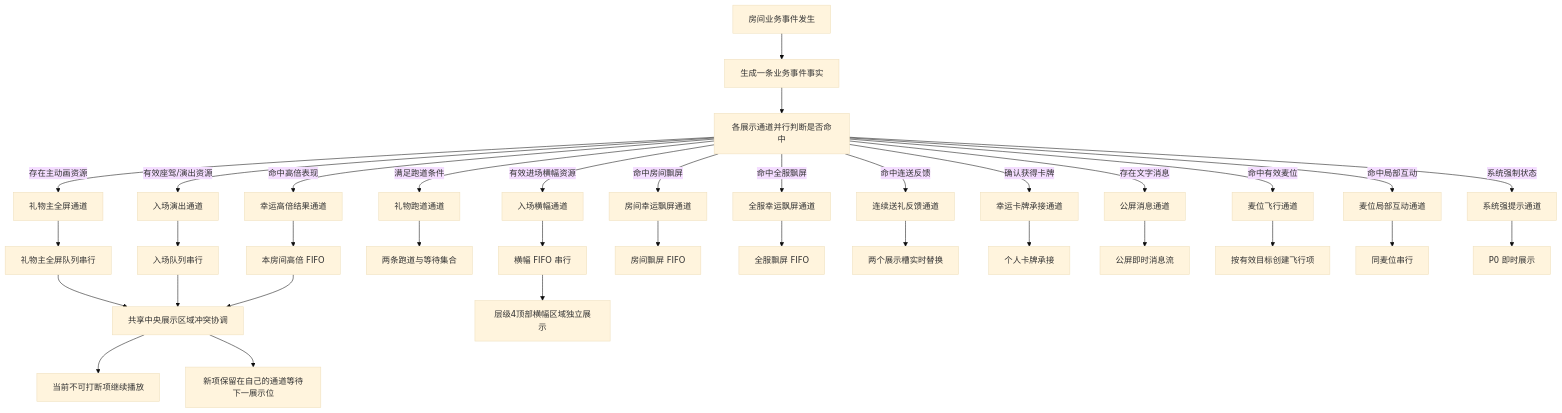
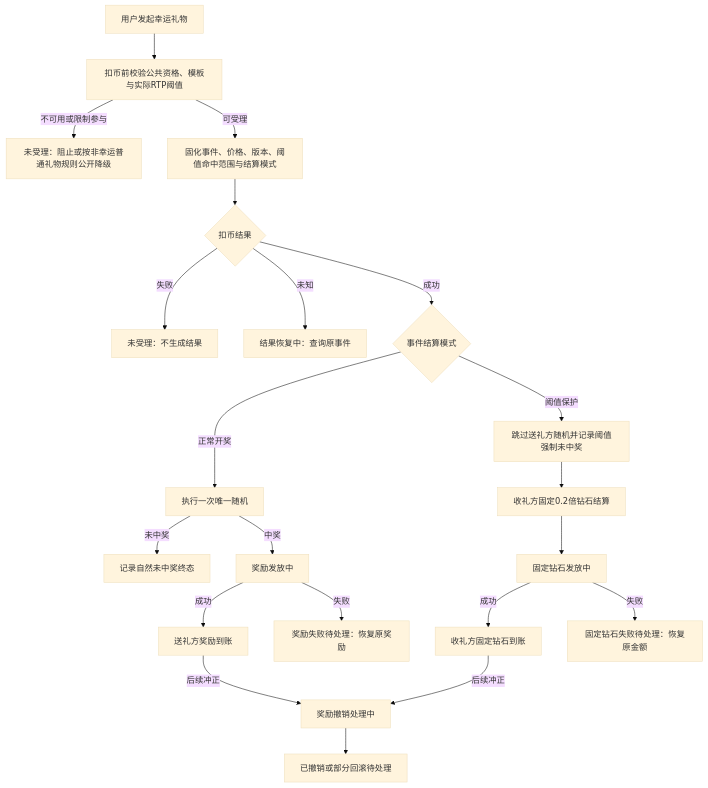
Before and after one commit to kocekid/LuckGift1.0: the first of 7 diagrams in 幸运礼物1.0_核心逻辑需求文档.md, drawn with Mermaid (base theme). The commit also changed other lines of this file, not shown here.

````diff
--- a/幸运礼物1.0_核心逻辑需求文档.md
+++ b/幸运礼物1.0_核心逻辑需求文档.md
@@ -92,40 +97,23 @@
 ```mermaid
 flowchart TD
-    A[房间业务事件发生] --> B[生成一条业务事件事实]
-    B --> C[各展示通道并行判断是否命中]
-
-    C -->|存在主动画资源| D1[礼物主全屏通道]
-    C -->|有效座驾/演出资源| D2[入场演出通道]
-    C -->|有效进场横幅资源| D14[入场横幅通道]
-    C -->|满足跑道条件| D3[礼物跑道通道]
-    C -->|命中高倍表现| D4[幸运高倍结果通道]
-    C -->|命中房间飘屏| D5[房间幸运飘屏通道]
-    C -->|命中全服飘屏| D6[全服幸运飘屏通道]
-    C -->|命中连送反馈| D7[连续送礼反馈通道]
-    C -->|确认获得卡牌| D8[幸运卡牌承接通道]
-    C -->|存在文字消息| D9[公屏消息通道]
-    C -->|命中有效麦位| D10[麦位飞行通道]
-    C -->|命中局部互动| D11[麦位局部互动通道]
-    C -->|系统强制状态| D13[系统强提示通道]
-
-    D1 --> E1[礼物主全屏队列串行]
-    D2 --> E2[入场队列串行]
-    D14 --> E14[横幅 FIFO 串行]
-    D3 --> E3[两条跑道与等待集合]
-    D4 --> E4[本房间高倍 FIFO]
-    D5 --> E5[房间飘屏 FIFO]
-    D6 --> E6[全服飘屏 FIFO]
-    D7 --> E7[两个展示槽实时替换]
-    D8 --> E8[个人卡牌承接]
-    D9 --> E9[公屏即时消息流]
-    D10 --> E10[按有效目标创建飞行项]
-    D11 --> E11[同麦位串行]
-    D13 --> E13[P0 即时展示]
-
-    E1 --> F[共享中央展示区域冲突协调]
-    E2 --> F
-    E4 --> F
-    F --> G[当前不可打断项继续播放]
-    F --> H[新项保留在自己的通道等待下一展示位]
-    E14 --> J14[层级4顶部横幅区域独立展示]
+    A[用户发起幸运礼物] --> B[扣币前校验公共资格、模板与实际RTP阈值]
+    B -->|不可用或限制参与| C[未受理：阻止或按非幸运普通礼物规则公开降级]
+    B -->|可受理| D[固化事件、价格、版本、阈值命中范围与结算模式]
+    D --> E{扣币结果}
+    E -->|失败| F[未受理：不生成结果]
+    E -->|未知| G[结果恢复中：查询原事件]
+    E -->|成功| H{事件结算模式}
+    H -->|正常开奖| I[执行一次唯一随机]
+    I -->|未中奖| J[记录自然未中奖终态]
+    I -->|中奖| K[奖励发放中]
+    H -->|阈值保护| L[跳过送礼方随机并记录阈值强制未中奖]
+    L --> M[收礼方固定0.2倍钻石结算]
+    M --> N[固定钻石发放中]
+    K -->|成功| O[送礼方奖励到账]
+    K -->|失败| P[奖励失败待处理：恢复原奖励]
+    N -->|成功| Q[收礼方固定钻石到账]
+    N -->|失败| R[固定钻石失败待处理：恢复原金额]
+    O -->|后续冲正| S[奖励撤销处理中]
+    Q -->|后续冲正| S
+    S --> T[已撤销或部分回滚待处理]
 ```
````
